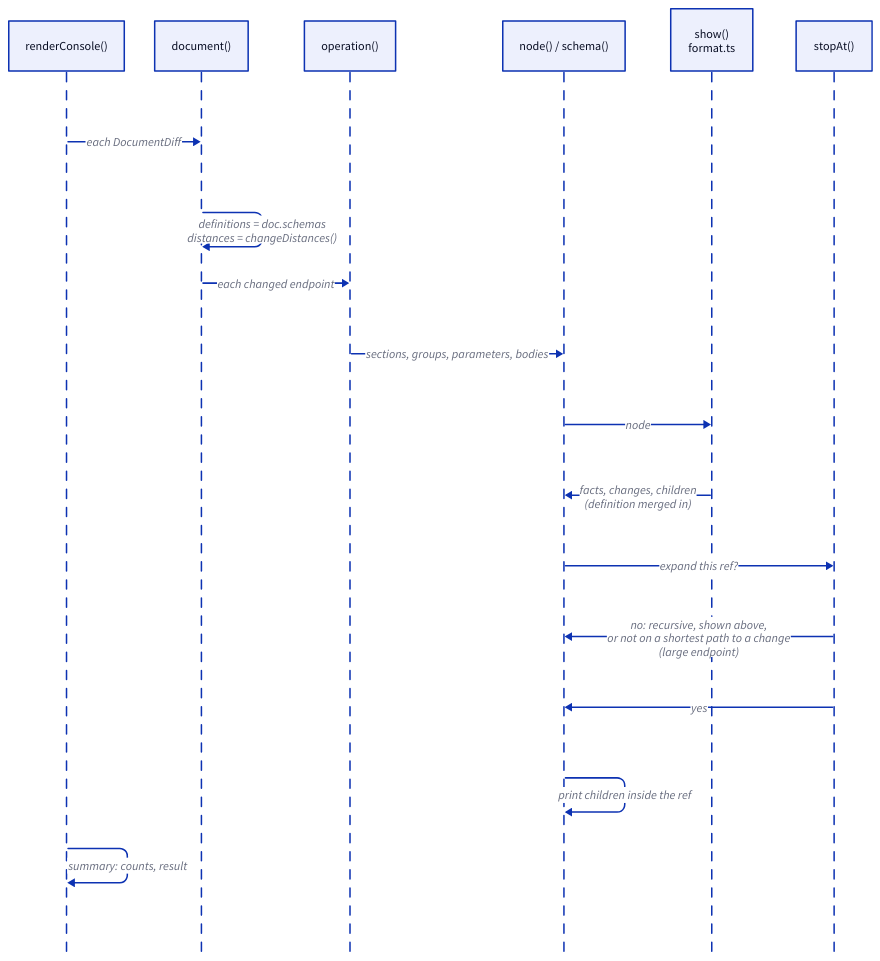
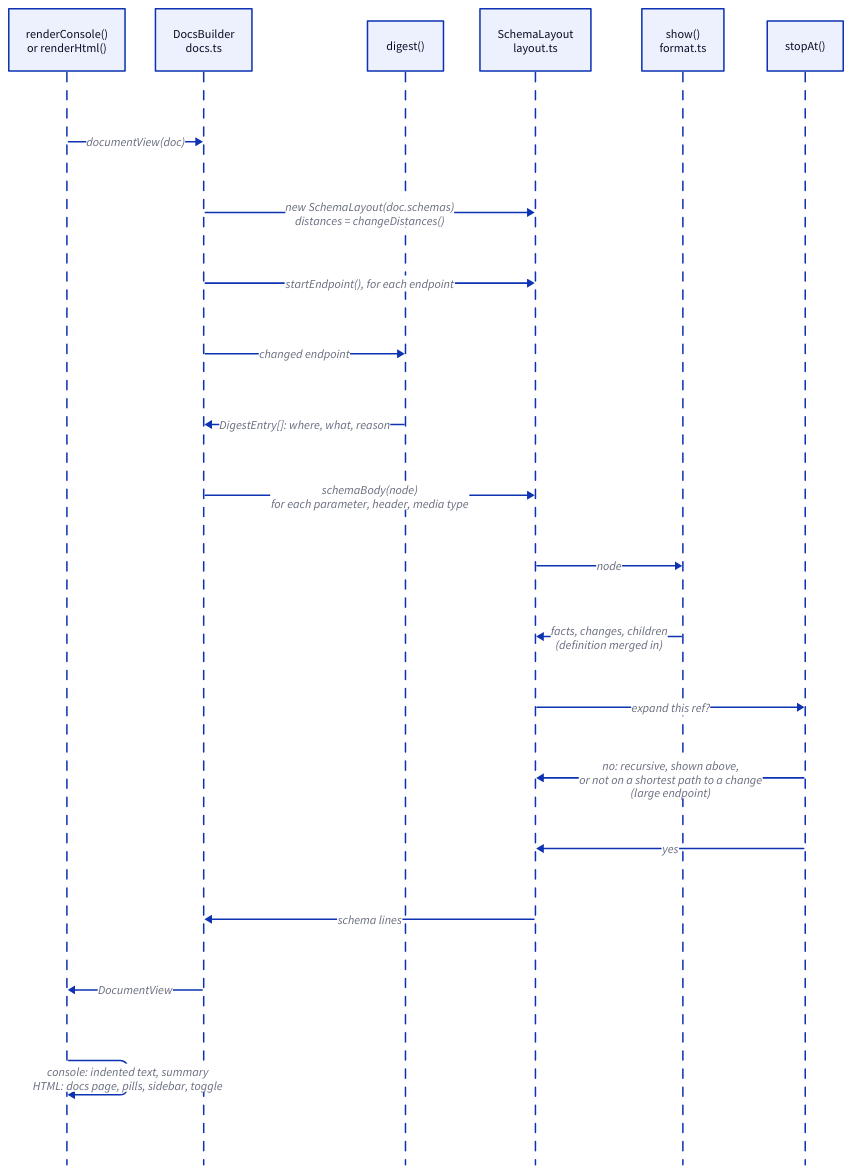
Before and after one commit to bcoughlan/locus: the diagram in docs/dev-guide/diagrams/sequence-render.d2, drawn with D2. The commit also changed 172 other files, not shown here.

```diff
--- a/docs/dev-guide/diagrams/sequence-render.d2
+++ b/docs/dev-guide/diagrams/sequence-render.d2
@@ -1,20 +1,23 @@
 shape: sequence_diagram
 
-render: "renderConsole()"
-doc: "document()"
-op: "operation()"
-node: "node() / schema()"
+render: "renderConsole()\nor renderHtml()"
+docs: "DocsBuilder\ndocs.ts"
+digest: "digest()"
+layout: "SchemaLayout\nlayout.ts"
 show: "show()\nformat.ts"
 guard: "stopAt()"
 
-render -> doc: "each DocumentDiff"
-doc -> doc: "definitions = doc.schemas\ndistances = changeDistances()"
-doc -> op: "each changed endpoint"
-op -> node: "sections, groups, parameters, bodies"
-node -> show: "node"
-show -> node: "facts, changes, children\n(definition merged in)"
-node -> guard: "expand this ref?"
-guard -> node: "no: recursive, shown above,\nor not on a shortest path to a change\n(large endpoint)"
-guard -> node: "yes"
-node -> node: "print children inside the ref"
-render -> render: "summary: counts, result"
+render -> docs: "documentView(doc)"
+docs -> layout: "new SchemaLayout(doc.schemas)\ndistances = changeDistances()"
+docs -> layout: "startEndpoint(), for each endpoint"
+docs -> digest: "changed endpoint"
+digest -> docs: "DigestEntry[]: where, what, reason"
+docs -> layout: "schemaBody(node)\nfor each parameter, header, media type"
+layout -> show: "node"
+show -> layout: "facts, changes, children\n(definition merged in)"
+layout -> guard: "expand this ref?"
+guard -> layout: "no: recursive, shown above,\nor not on a shortest path to a change\n(large endpoint)"
+guard -> layout: "yes"
+layout -> docs: "schema lines"
+docs -> render: "DocumentView"
+render -> render: "console: indented text, summary\nHTML: docs page, pills, sidebar, toggle"
```
